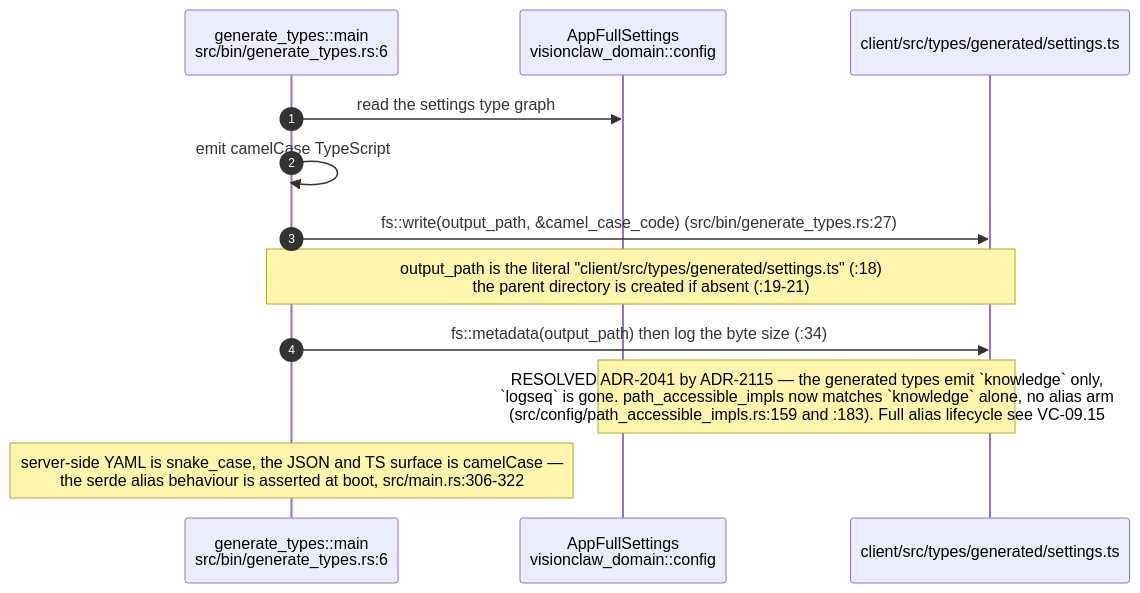
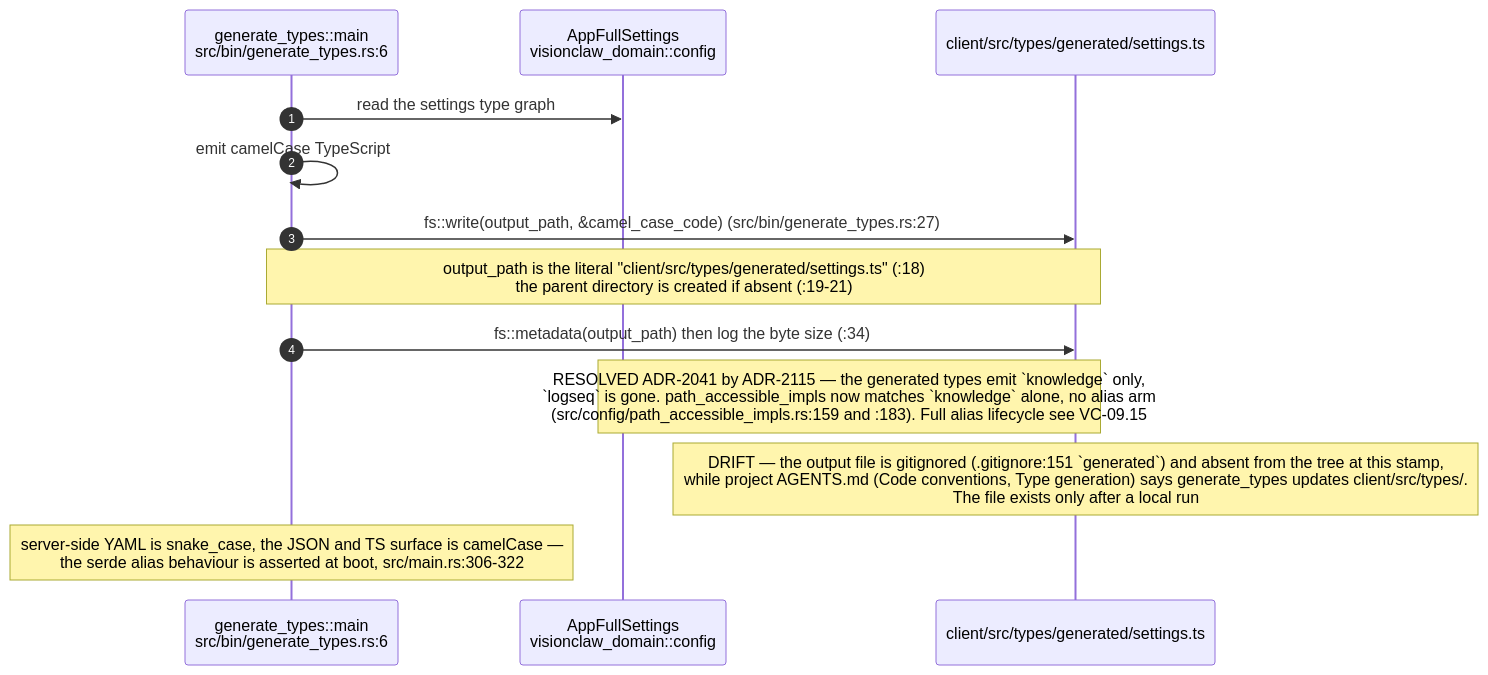
One commit to DreamLab-AI/VisionFlow changed the eighth of 8 diagrams in docs/diagrams/visionclaw/06-settings-round-trip.md. Above: the diagram before and after it, drawn with Mermaid. The commit also changed other lines of this file and 160 other files, not shown here.

````diff
--- a/docs/diagrams/visionclaw/06-settings-round-trip.md
+++ b/docs/diagrams/visionclaw/06-settings-round-trip.md
@@ -262,15 +275,16 @@
 ```mermaid
 sequenceDiagram
     autonumber
     participant B as generate_types::main<br/>src/bin/generate_types.rs:6
     participant D as AppFullSettings<br/>visionclaw_domain::config
     participant F as client/src/types/generated/settings.ts
 
     B->>D: read the settings type graph
     B->>B: emit camelCase TypeScript
     B->>F: fs::write(output_path, &camel_case_code) (src/bin/generate_types.rs:27)
     Note over B,F: output_path is the literal "client/src/types/generated/settings.ts" (:18)<br/>the parent directory is created if absent (:19-21)
     B->>F: fs::metadata(output_path) then log the byte size (:34)
     Note over D,F: RESOLVED ADR-2041 by ADR-2115 — the generated types emit `knowledge` only,<br/>`logseq` is gone. path_accessible_impls now matches `knowledge` alone, no alias arm<br/>(src/config/path_accessible_impls.rs:159 and :183). Full alias lifecycle see VC-09.15
+    Note over F: DRIFT — the output file is gitignored (.gitignore:151 `generated`) and absent from the tree at this stamp,<br/>while project AGENTS.md (Code conventions, Type generation) says generate_types updates client/src/types/.<br/>The file exists only after a local run
     Note over B: server-side YAML is snake_case, the JSON and TS surface is camelCase —<br/>the serde alias behaviour is asserted at boot, src/main.rs:306-322
 ```
````
